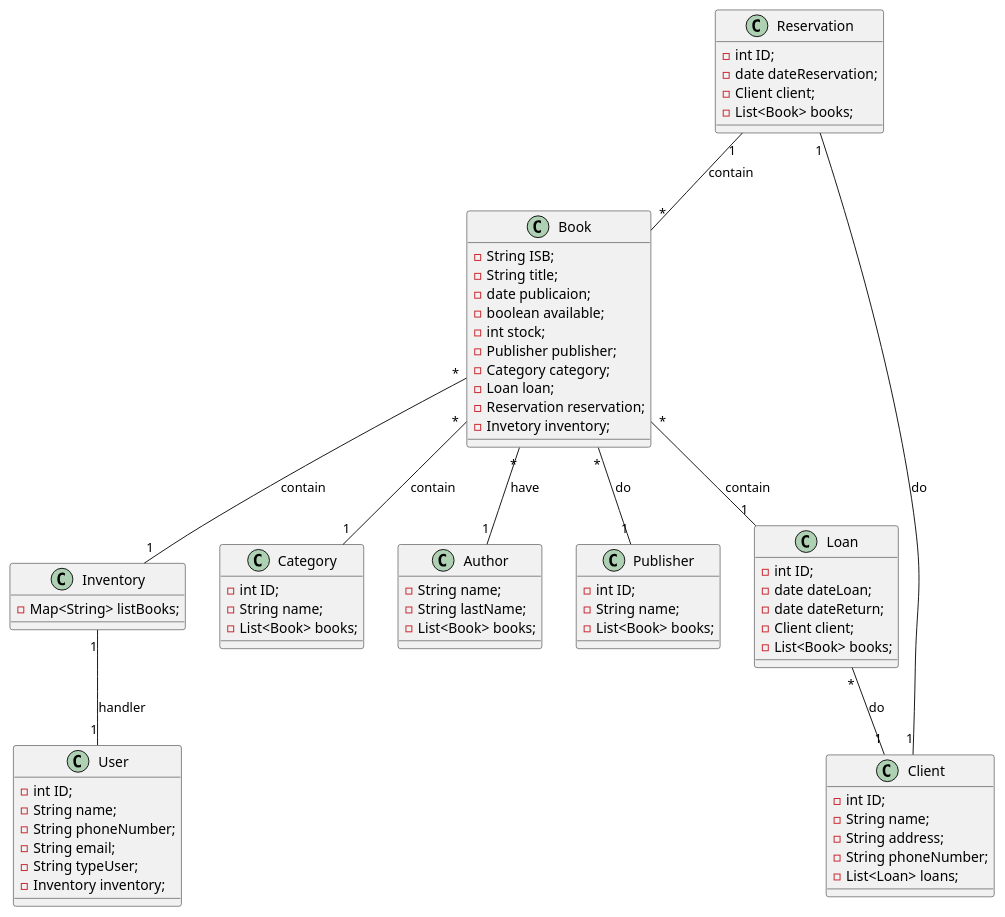
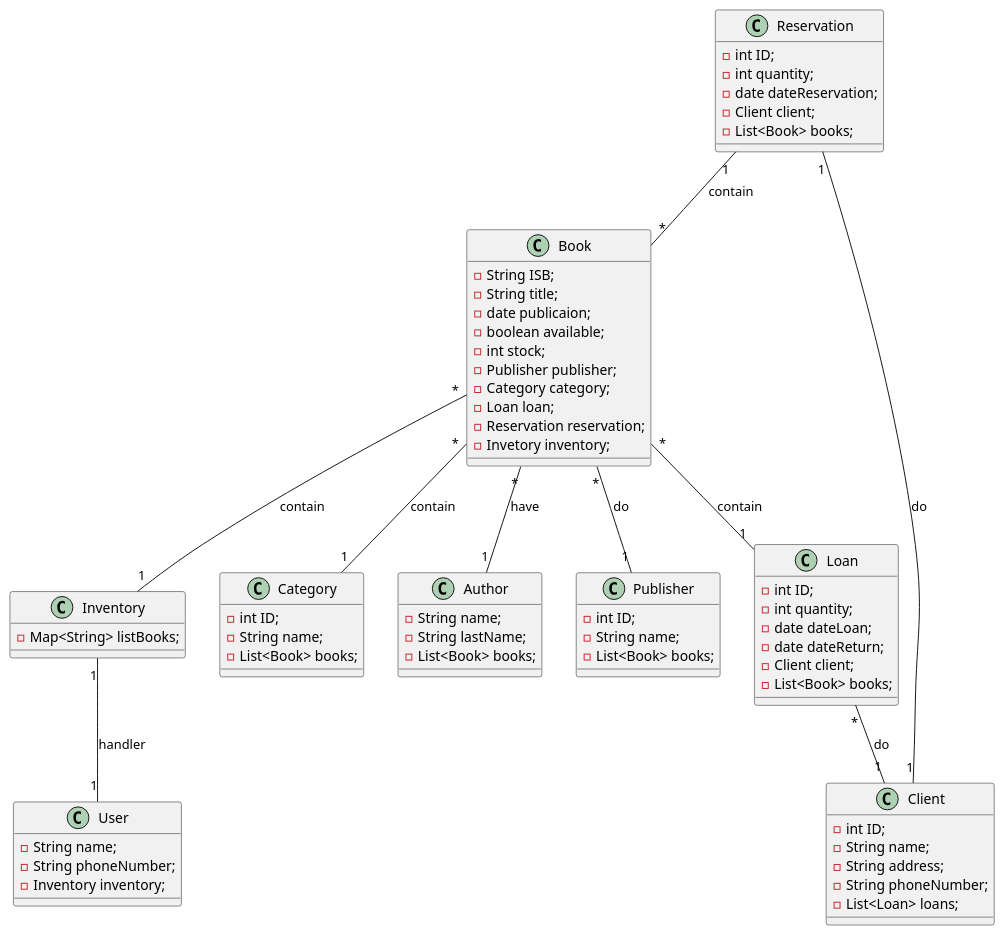
Before and after one commit to Juan-J-Barraza/LibraTech: the diagram in src/co/edu/unicolombo/s3/poo/inventory/library/Docs/diagrams.puml, drawn with PlantUML. The commit also changed 9 other files, not shown here.

Commit message:
modificacions in diagram and in the class

```diff
--- a/src/co/edu/unicolombo/s3/poo/inventory/library/Docs/diagrams.puml
+++ b/src/co/edu/unicolombo/s3/poo/inventory/library/Docs/diagrams.puml
@@ -1,93 +1,92 @@
 @startuml ""
 
 
 class Book {
     - String ISB;
     - String title;
     - date publicaion;
     - boolean available;
     - int stock;
     - Publisher publisher;
     - Category category;
     - Loan loan;
     - Reservation reservation;
     - Invetory inventory;
 }
 
 
 class User {
-    - int ID;
     - String name;
     - String phoneNumber;
-    - String email;
-    - String typeUser;
     - Inventory inventory;
 }
 
 class Inventory {
     - Map<String> listBooks; 
 }
 
 
 class Category {
     - int ID;
     - String name;
     - List<Book> books;
 }
 
 class Author {
     - String name;
     - String lastName;
     - List<Book> books; 
 }
 
 
 class Publisher {
     - int ID;
     - String name;
     - List<Book> books;
 }
 
 
 class Client {
     - int ID;
     - String name;
     - String address;
     - String phoneNumber;
     - List<Loan> loans;
 
 }
 
 class Loan {
     - int ID;
+    - int quantity;
     - date dateLoan;
     - date dateReturn;
     - Client client;
     - List<Book> books;
 
 }
 
 class Reservation {
     - int ID;
+    - int quantity;
     - date dateReservation;
     - Client client;
     - List<Book> books;
 }
 
 
 
 ' relatioships
 
 Book "*" -- "1" Author: have
 Book "*" -- "1" Publisher: do
 Book "*" -- "1" Category: contain
 Book "*" -- "1" Loan: contain
 Book "*" -- "1" Inventory: contain
 Loan "*" -- "1" Client: do
 Reservation "1" -- "1" Client: do
 Reservation "1" -- "*" Book: contain
 Inventory "1" -- "1" User: handler
 
 
 
 @enduml
```
